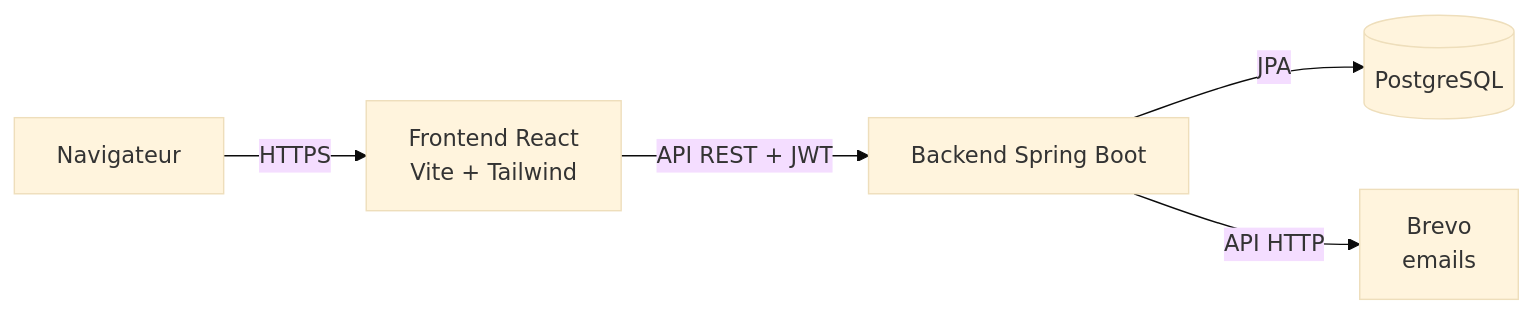
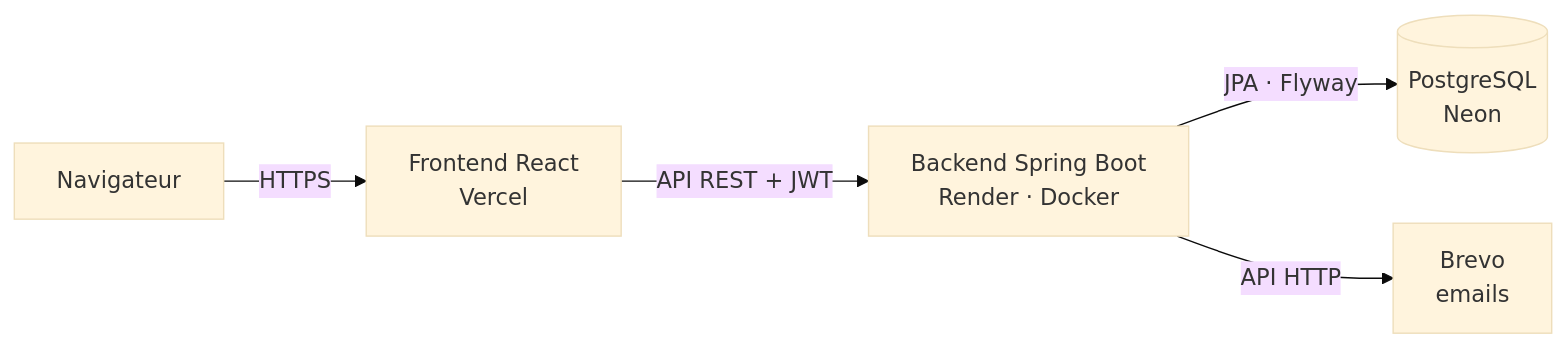
One commit to TAGUE-GITH/DevManager changed the diagram in README.md. Above: the diagram before and after it, drawn with Mermaid (base theme). The commit also changed other lines of this file and 9 other files, not shown here.

````diff
--- a/README.md
+++ b/README.md
@@ -89,7 +114,7 @@
 ```mermaid
 flowchart LR
-    U[Navigateur] -->|HTTPS| F[Frontend React<br/>Vite + Tailwind]
-    F -->|API REST + JWT| B[Backend Spring Boot]
-    B -->|JPA| D[(PostgreSQL)]
+    U[Navigateur] -->|HTTPS| F[Frontend React<br/>Vercel]
+    F -->|API REST + JWT| B[Backend Spring Boot<br/>Render · Docker]
+    B -->|JPA · Flyway| D[(PostgreSQL<br/>Neon)]
     B -->|API HTTP| M[Brevo<br/>emails]
 ```
````
